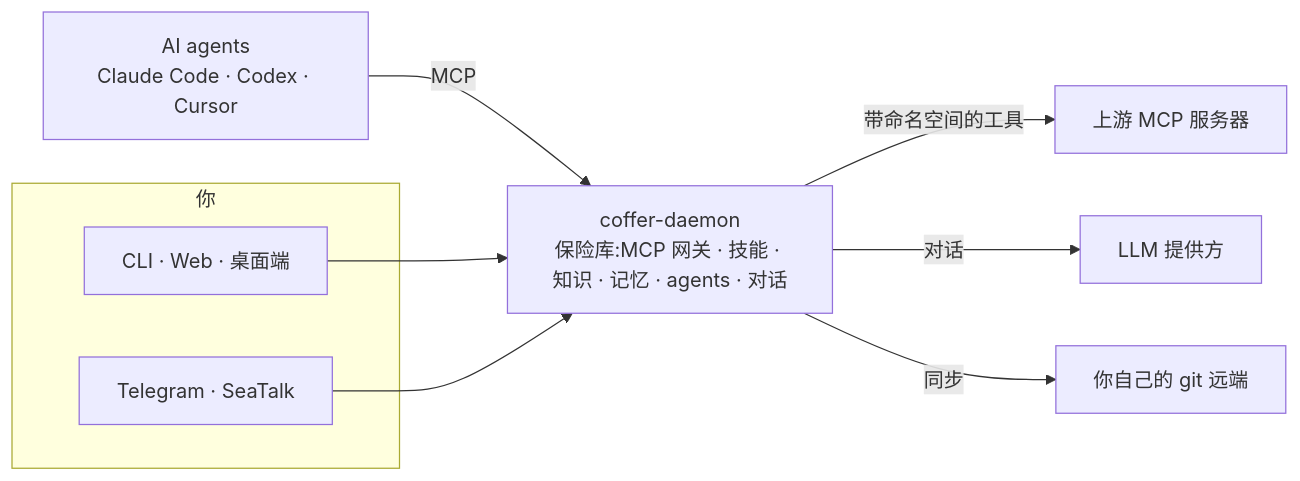
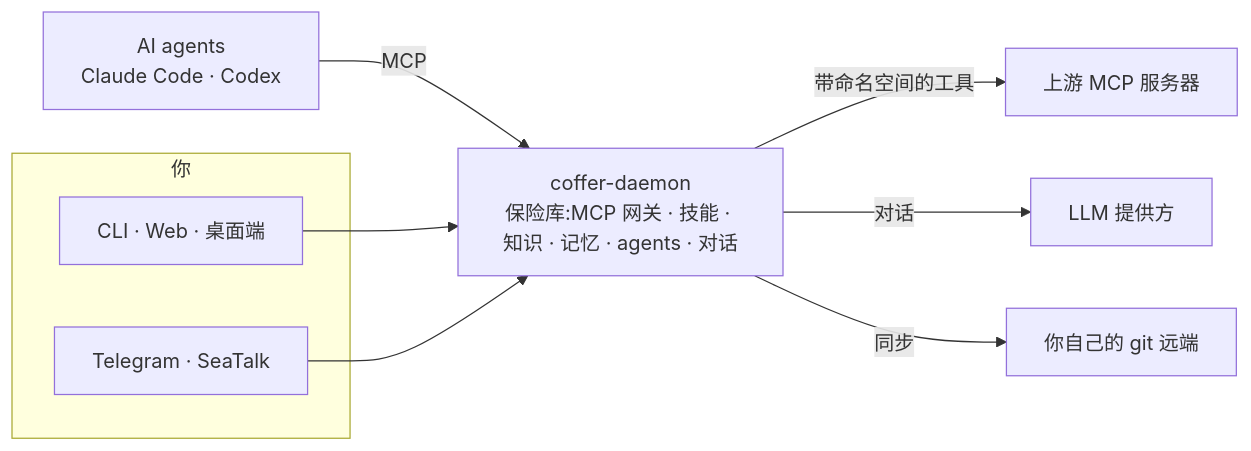
Before and after one commit to wyx-sg/Coffer: the diagram in docs-site/zh/index.md, drawn with Mermaid. The commit also changed 160 other files, not shown here.

````diff
--- a/docs-site/zh/index.md
+++ b/docs-site/zh/index.md
@@ -31,14 +31,14 @@
 ```mermaid
 flowchart LR
   subgraph You["你"]
     UI["CLI · Web · 桌面端"]
     IM["Telegram · SeaTalk"]
   end
-  A["AI agents<br/>Claude Code · Codex · Cursor"] -->|MCP| D
+  A["AI agents<br/>Claude Code · Codex"] -->|MCP| D
   UI --> D
   IM --> D
   D["coffer-daemon<br/>保险库:MCP 网关 · 技能 · 知识 · 记忆 · agents · 对话"]
   D -->|带命名空间的工具| U["上游 MCP 服务器"]
   D -->|对话| L["LLM 提供方"]
   D -->|同步| G["你自己的 git 远端"]
 ```
````
